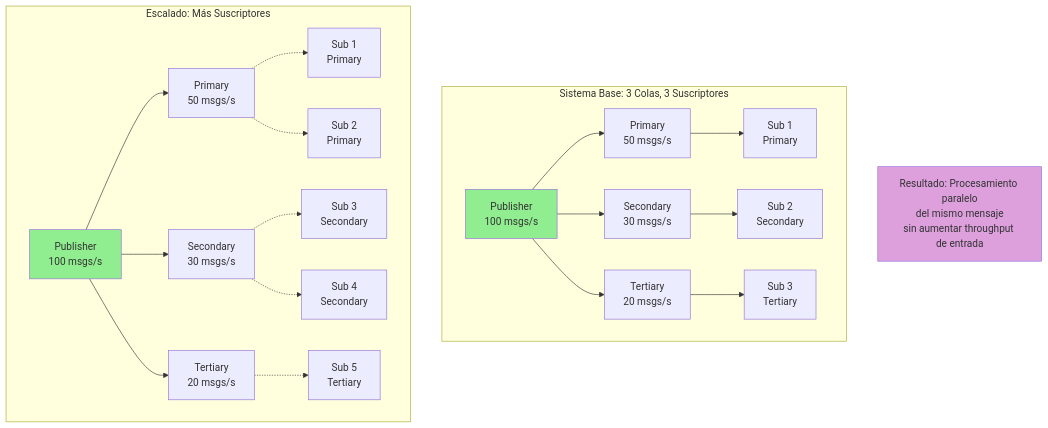
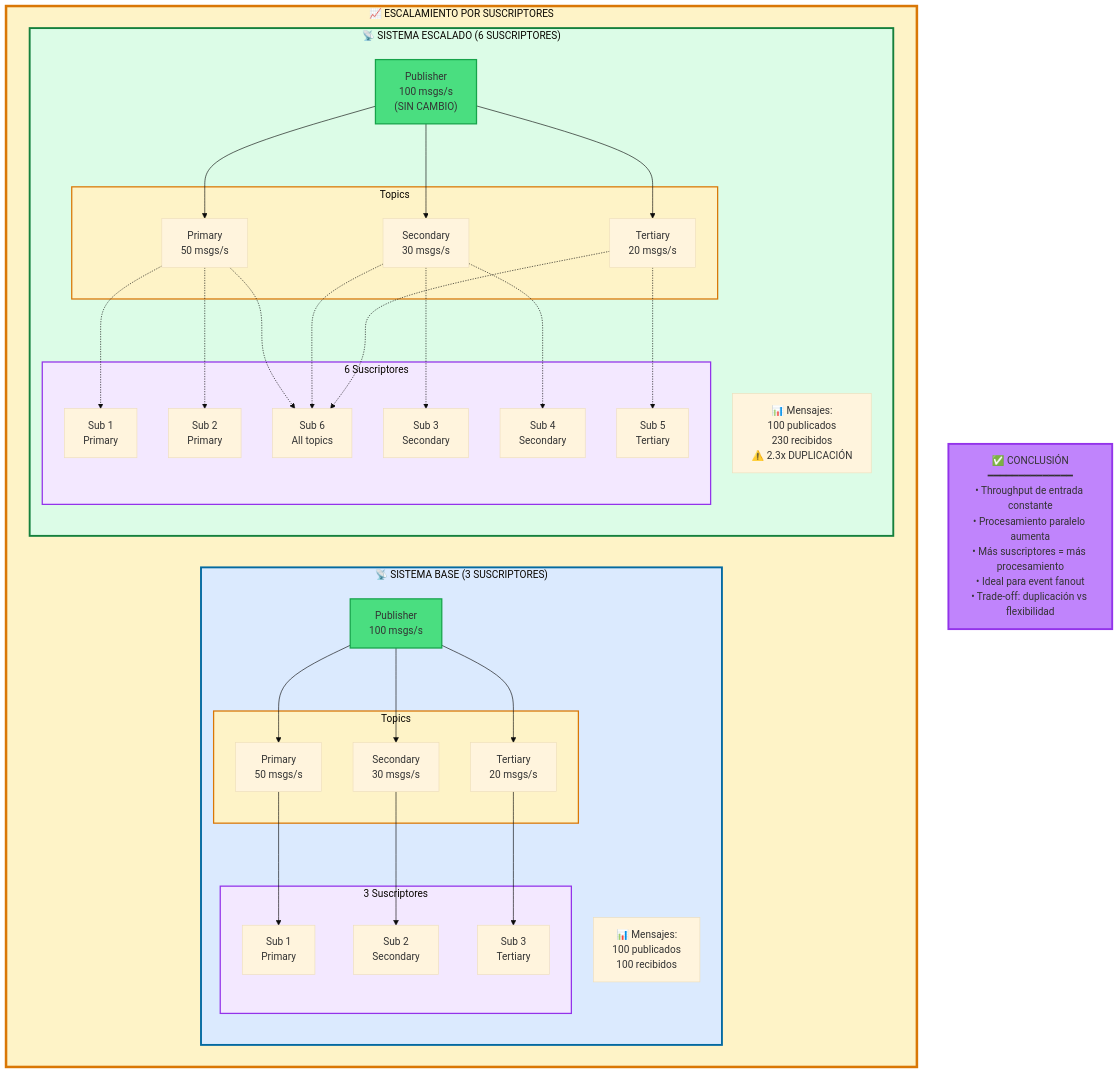
Diagram 14 of 15 in pub_sus/diagrama.md (Susch12/Distribuida), drawn with Mermaid before and after one commit. The commit also changed other lines of this file and 1 other file, not shown here.

````diff
--- a/pub_sus/diagrama.md
+++ b/pub_sus/diagrama.md
@@ -878,52 +1191,72 @@
 ```mermaid
+%%{init: {'theme':'base'}}%%
 graph TB
-    subgraph "Sistema Base: 3 Colas, 3 Suscriptores"
-        P1[Publisher<br/>100 msgs/s]
+    subgraph SCALE["📈 ESCALAMIENTO POR SUSCRIPTORES"]
+        direction LR
         
-        T1A[Primary<br/>50 msgs/s]
-        T1B[Secondary<br/>30 msgs/s]
-        T1C[Tertiary<br/>20 msgs/s]
+        subgraph BASE["📡 SISTEMA BASE (3 SUSCRIPTORES)"]
+            direction TB
+            PB1["Publisher<br/>100 msgs/s"]
+            
+            subgraph TB1["Topics"]
+                T1_B["Primary<br/>50 msgs/s"]
+                T2_B["Secondary<br/>30 msgs/s"]
+                T3_B["Tertiary<br/>20 msgs/s"]
+            end
+            
+            subgraph SB1["3 Suscriptores"]
+                S1_B["Sub 1<br/>Primary"]
+                S2_B["Sub 2<br/>Secondary"]
+                S3_B["Sub 3<br/>Tertiary"]
+            end
+            
+            PB1 --> T1_B & T2_B & T3_B
+            T1_B --> S1_B
+            T2_B --> S2_B
+            T3_B --> S3_B
+            
+            RB1["📊 Mensajes:<br/>100 publicados<br/>100 recibidos"]
+        end
         
-        S1A[Sub 1<br/>Primary]
-        S1B[Sub 2<br/>Secondary]
-        S1C[Sub 3<br/>Tertiary]
-        
-        P1 --> T1A
-        P1 --> T1B
-        P1 --> T1C
-        
-        T1A --> S1A
-        T1B --> S1B
-        T1C --> S1C
+        subgraph SCALED["📡 SISTEMA ESCALADO (6 SUSCRIPTORES)"]
+            direction TB
+            PB2["Publisher<br/>100 msgs/s<br/>(SIN CAMBIO)"]
+            
+            subgraph TB2["Topics"]
+                T1_S["Primary<br/>50 msgs/s"]
+                T2_S["Secondary<br/>30 msgs/s"]
+                T3_S["Tertiary<br/>20 msgs/s"]
+            end
+            
+            subgraph SB2["6 Suscriptores"]
+                S1_S["Sub 1<br/>Primary"]
+                S2_S["Sub 2<br/>Primary"]
+                S3_S["Sub 3<br/>Secondary"]
+                S4_S["Sub 4<br/>Secondary"]
+                S5_S["Sub 5<br/>Tertiary"]
+                S6_S["Sub 6<br/>All topics"]
+            end
+            
+            PB2 --> T1_S & T2_S & T3_S
+            T1_S -.-> S1_S & S2_S & S6_S
+            T2_S -.-> S3_S & S4_S & S6_S
+            T3_S -.-> S5_S & S6_S
+            
+            RB2["📊 Mensajes:<br/>100 publicados<br/>230 recibidos<br/>⚠️ 2.3x DUPLICACIÓN"]
+        end
     end
     
-    subgraph "Escalado: Más Suscriptores"
-        P2[Publisher<br/>100 msgs/s]
-        
-        T2A[Primary<br/>50 msgs/s]
-        T2B[Secondary<br/>30 msgs/s]
-        T2C[Tertiary<br/>20 msgs/s]
-        
-        S2A[Sub 1<br/>Primary]
-        S2B[Sub 2<br/>Primary]
-        S2C[Sub 3<br/>Secondary]
-        S2D[Sub 4<br/>Secondary]
-        S2E[Sub 5<br/>Tertiary]
-        
-        P2 --> T2A
-        P2 --> T2B
-        P2 --> T2C
-        
-        T2A -.-> S2A
-        T2A -.-> S2B
-        T2B -.-> S2C
-        T2B -.-> S2D
-        T2C -.-> S2E
-    end
+    CONCLUSION["✅ CONCLUSIÓN<br/>━━━━━━━━━━━━━━<br/>• Throughput de entrada constante<br/>• Procesamiento paralelo aumenta<br/>• Más suscriptores = más procesamiento<br/>• Ideal para event fanout<br/>• Trade-off: duplicación vs flexibilidad"]
     
-    RES[Resultado: Procesamiento paralelo<br/>del mismo mensaje<br/>sin aumentar throughput de entrada]
+    style SCALE fill:#fef3c7,stroke:#d97706,stroke-width:4px
+    style BASE fill:#dbeafe,stroke:#0369a1,stroke-width:3px
+    style SCALED fill:#dcfce7,stroke:#15803d,stroke-width:3px
+    style TB1 fill:#fef3c7,stroke:#d97706,stroke-width:2px
+    style TB2 fill:#fef3c7,stroke:#d97706,stroke-width:2px
+    style SB1 fill:#f3e8ff,stroke:#9333ea,stroke-width:2px
+    style SB2 fill:#f3e8ff,stroke:#9333ea,stroke-width:2px
     
-    style P1 fill:#90EE90
-    style P2 fill:#90EE90
-    style RES fill:#DDA0DD
+    style PB1 fill:#4ade80,stroke:#16a34a,stroke-width:2px
+    style PB2 fill:#4ade80,stroke:#16a34a,stroke-width:2px
+    style CONCLUSION fill:#c084fc,stroke:#9333ea,stroke-width:3px
 ```
````
